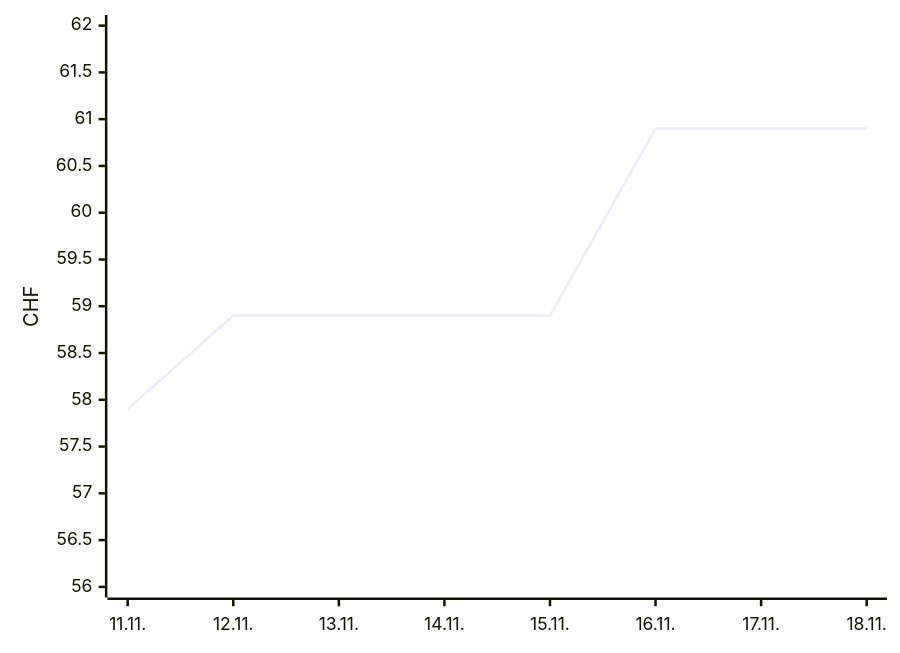
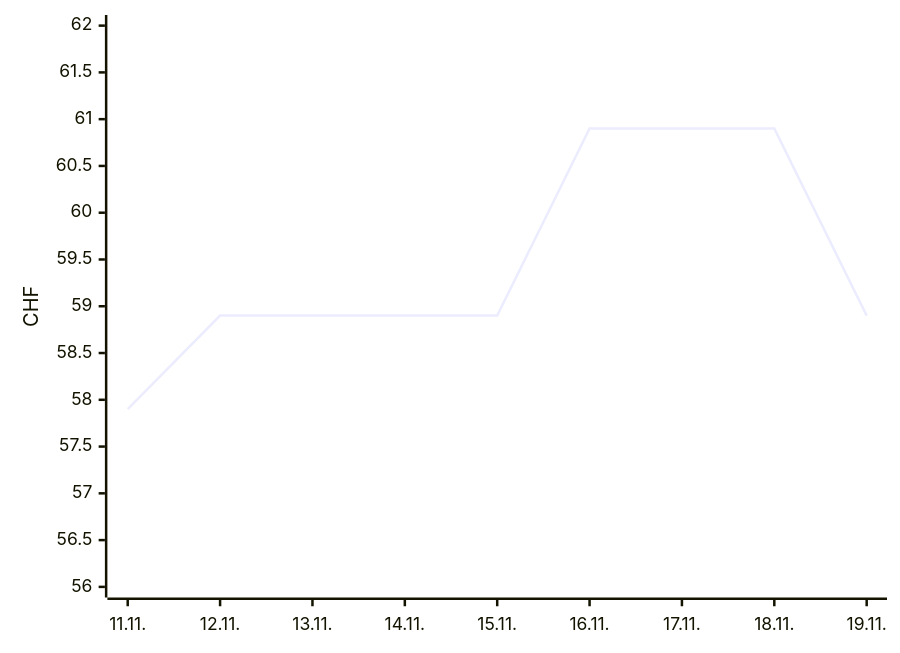
Before and after one commit to Akira2828/my-Galaxus-MCP: the second of 2 diagrams in README.md, drawn with Mermaid. The commit also changed other lines of this file and 1 other file, not shown here.

````diff
--- a/README.md
+++ b/README.md
@@ -25,6 +25,6 @@
 ```mermaid
 xychart-beta
-  x-axis ["11.11.", "12.11.", "13.11.", "14.11.", "15.11.", "16.11.", "17.11.", "18.11."]
+  x-axis ["11.11.", "12.11.", "13.11.", "14.11.", "15.11.", "16.11.", "17.11.", "18.11.", "19.11."]
   y-axis "CHF" 56 --> 62
-  line [57.9, 58.9, 58.9, 58.9, 58.9, 60.9, 60.9, 60.9]
+  line [57.9, 58.9, 58.9, 58.9, 58.9, 60.9, 60.9, 60.9, 58.9]
 ```
````
